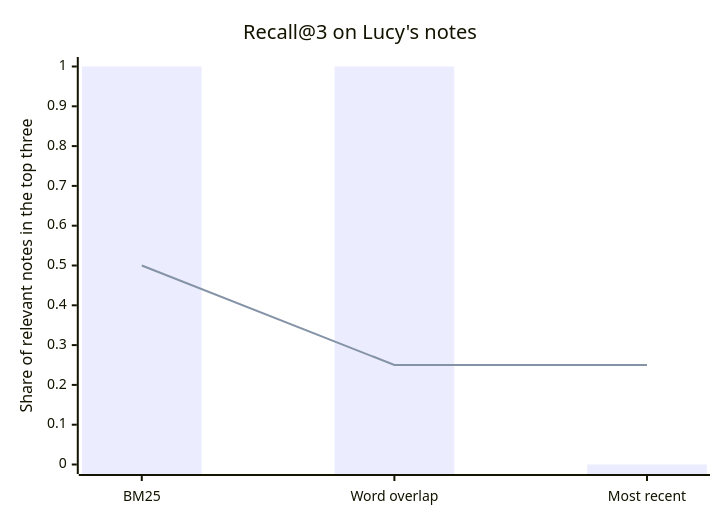
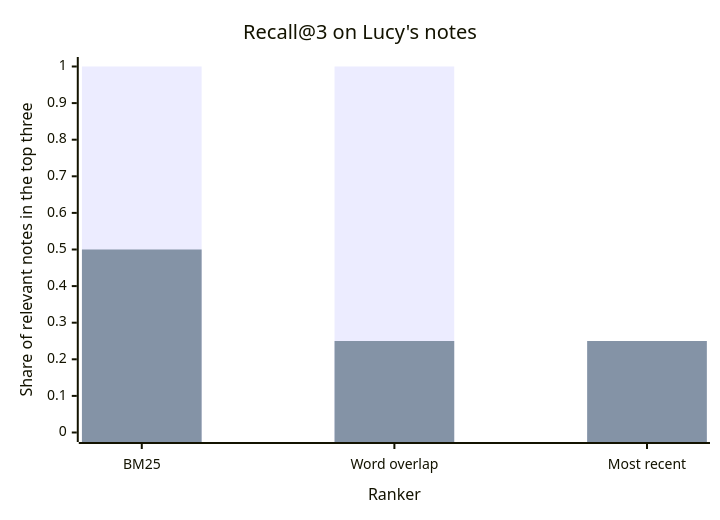
The first of 5 diagrams in book/textbook/ch05/profrod-sovereign-agent-ch05-durable-memory-chapter.md (profrodai/sovereign-agent), drawn with Mermaid before and after one commit. The commit also changed other lines of this file and 14 other files, not shown here.

First line of the commit message:
Make every chart readable on its own: named series, titled axes, captions that explain

````diff
--- a/book/textbook/ch05/profrod-sovereign-agent-ch05-durable-memory-chapter.md
+++ b/book/textbook/ch05/profrod-sovereign-agent-ch05-durable-memory-chapter.md
@@ -192,8 +192,8 @@
 ```mermaid
 xychart-beta
     title "Recall@3 on Lucy's notes"
-    x-axis ["BM25", "Word overlap", "Most recent"]
+    x-axis "Ranker" ["BM25", "Word overlap", "Most recent"]
     y-axis "Share of relevant notes in the top three" 0 --> 1
-    bar [1.0, 1.0, 0.0]
-    line [0.5, 0.25, 0.25]
+    bar "Twelve direct questions" [1.0, 1.0, 0.0]
+    bar "Four paraphrases" [0.5, 0.25, 0.25]
 ```
````
